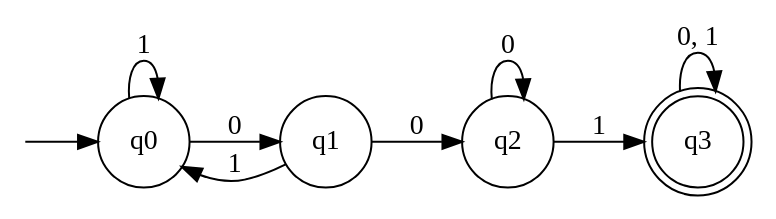
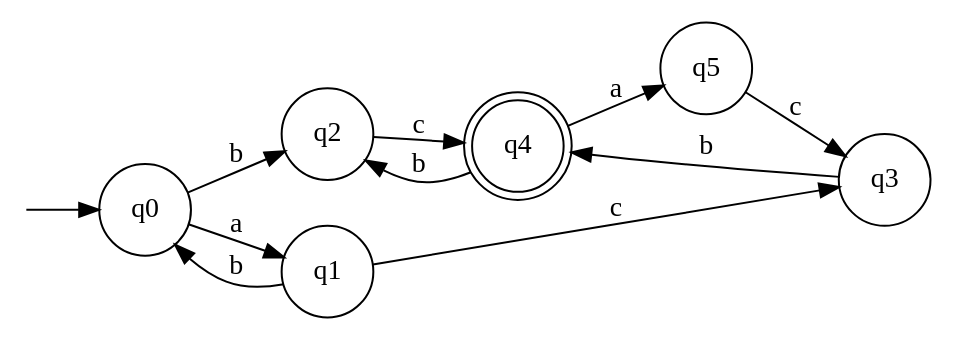
One commit to water-mizuu/finite_automata_conversion changed the diagram in dfa_m.dot. Above: the diagram before and after it, drawn with Graphviz. The commit also changed 11 other files, not shown here.

```diff
--- a/dfa_m.dot
+++ b/dfa_m.dot
@@ -1,16 +1,20 @@
 digraph G {
   rankdir=LR;
   n__ [label="" shape=none width=.0];
-  0 [shape=doublecircle label="q3"]
-  5 [shape=circle label="q2"]
-  6 [shape=circle label="q1"]
-  7 [shape=circle label="q0"]
-  n__ -> 7;
-  7 -> 6 [label="0"]
-  7 -> 7 [label="1"]
-  6 -> 5 [label="0"]
-  6 -> 7 [label="1"]
-  5 -> 5 [label="0"]
-  5 -> 0 [label="1"]
-  0 -> 0 [label="0, 1"]
+  0 [shape=doublecircle label="q4"]
+  1 [shape=circle label="q3"]
+  2 [shape=circle label="q2"]
+  3 [shape=circle label="q0"]
+  4 [shape=circle label="q1"]
+  5 [shape=circle label="q5"]
+  n__ -> 3;
+  3 -> 4 [label="a"]
+  3 -> 2 [label="b"]
+  4 -> 3 [label="b"]
+  4 -> 1 [label="c"]
+  2 -> 0 [label="c"]
+  1 -> 0 [label="b"]
+  0 -> 5 [label="a"]
+  0 -> 2 [label="b"]
+  5 -> 1 [label="c"]
 }
```
